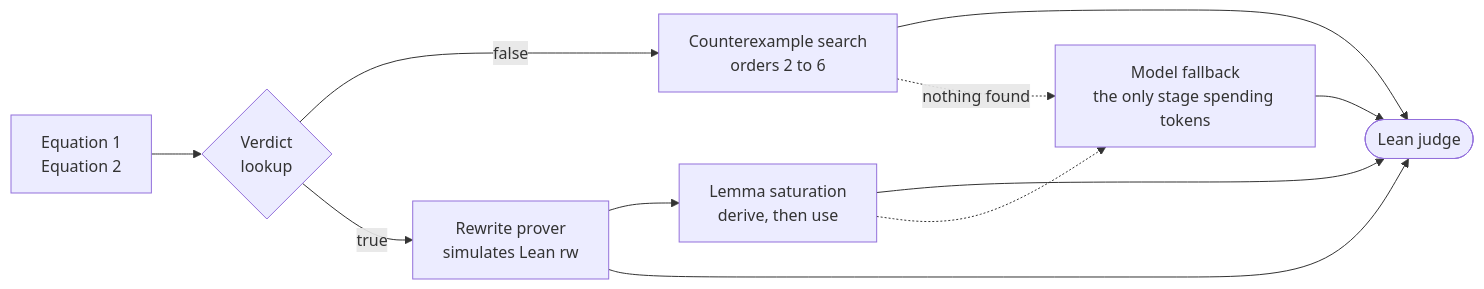
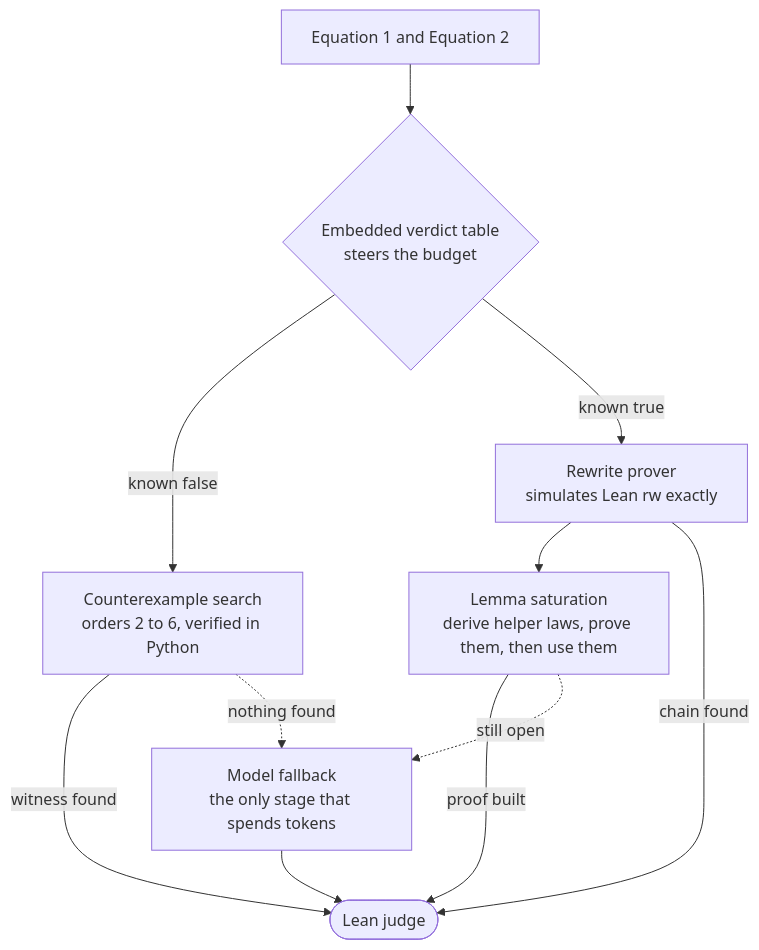
The second of 2 diagrams in README.md (Amey-Thakur/MATHEMATICS-DISTILLATION-CHALLENGE), drawn with Mermaid before and after one commit. The commit also changed other lines of this file and 5 other files, not shown here.

````diff
--- a/README.md
+++ b/README.md
@@ -138,13 +158,17 @@
 ```mermaid
-flowchart LR
-    P["Equation 1<br>Equation 2"] --> V{"Verdict<br>lookup"}
-    V -->|"false"| C["Counterexample search<br>orders 2 to 6"]
-    V -->|"true"| R["Rewrite prover<br>simulates Lean rw"]
-    R --> L["Lemma saturation<br>derive, then use"]
-    C --> J(["Lean judge"])
-    R --> J
-    L --> J
-    C -.->|"nothing found"| M["Model fallback<br>the only stage spending tokens"]
-    L -.-> M
+flowchart TD
+    P["Equation 1 and Equation 2"] --> V{"Embedded verdict table<br>steers the budget"}
+
+    V -->|"known false"| C["Counterexample search<br>orders 2 to 6, verified in Python"]
+    V -->|"known true"| R["Rewrite prover<br>simulates Lean rw exactly"]
+
+    R --> L["Lemma saturation<br>derive helper laws, prove them, then use them"]
+
+    C -->|"witness found"| J(["Lean judge"])
+    R -->|"chain found"| J
+    L -->|"proof built"| J
+
+    C -.->|"nothing found"| M["Model fallback<br>the only stage that spends tokens"]
+    L -.->|"still open"| M
     M --> J
 ```
````
